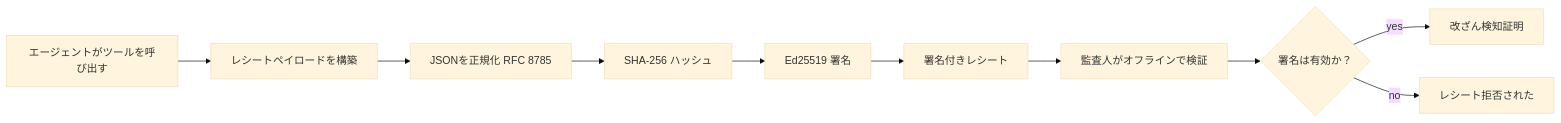
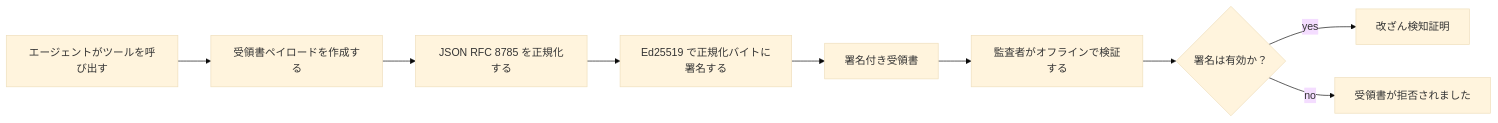
The first of 2 diagrams in mirrors/repos/microsoft@ai-agents-for-beginners/translations/ja/18-securing-ai-agents/README.md (gabrielmoreira/agent-skills-mirror), drawn with Mermaid (base theme) before and after one commit. The commit also changed other lines of this file and 4262 other files, not shown here.

````diff
--- a/mirrors/repos/microsoft@ai-agents-for-beginners/translations/ja/18-securing-ai-agents/README.md
+++ b/mirrors/repos/microsoft@ai-agents-for-beginners/translations/ja/18-securing-ai-agents/README.md
@@ -51,12 +51,11 @@
 ```mermaid
 flowchart LR
-    A[エージェントがツールを呼び出す] --> B[レシートペイロードを構築]
-    B --> C[JSONを正規化 RFC 8785]
-    C --> D[SHA-256 ハッシュ]
-    D --> E[Ed25519 署名]
-    E --> F[署名付きレシート]
-    F --> G[監査人がオフラインで検証]
+    A[エージェントがツールを呼び出す] --> B[受領書ペイロードを作成する]
+    B --> C[JSON RFC 8785 を正規化する]
+    C --> E[Ed25519 で正規化バイトに署名する]
+    E --> F[署名付き受領書]
+    F --> G[監査者がオフラインで検証する]
     G --> H{署名は有効か？}
     H -- yes --> I[改ざん検知証明]
-    H -- no --> J[レシート拒否された]
+    H -- no --> J[受領書が拒否されました]
 ```
````
